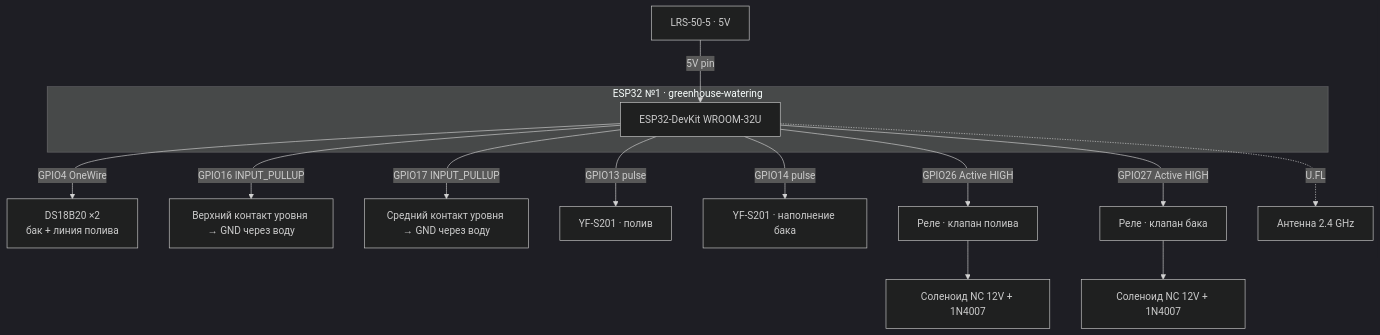
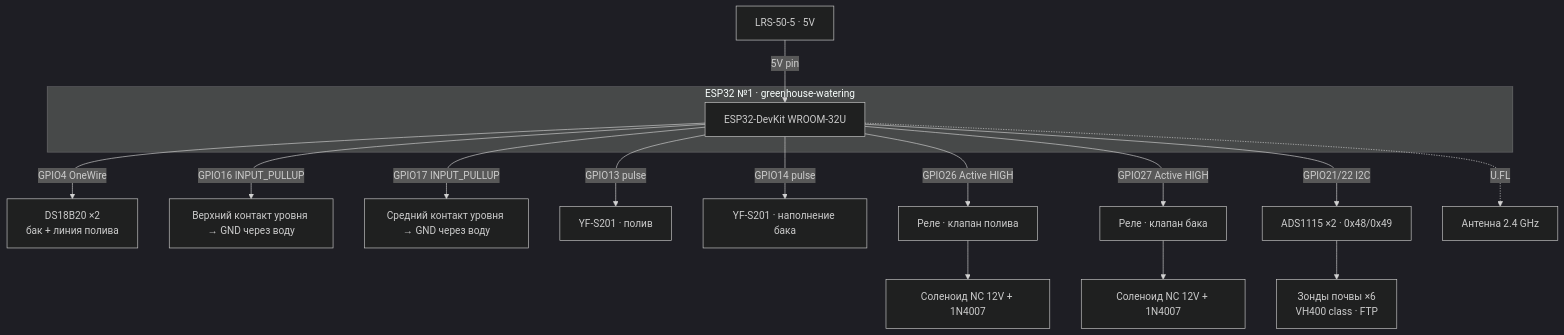
The first of 6 diagrams in docs/04-esp32-and-cabinet.md (TiunovNN/smart-greenhouse), drawn with Mermaid (dark theme) before and after one commit. The commit also changed other lines of this file and 17 other files, not shown here.

````diff
--- a/docs/04-esp32-and-cabinet.md
+++ b/docs/04-esp32-and-cabinet.md
@@ -156,20 +156,22 @@
 ```mermaid
 flowchart TB
   subgraph esp1["ESP32 №1 · greenhouse-watering"]
     E1["ESP32-DevKit WROOM-32U"]
   end
 
   PWR5["LRS-50-5 · 5V"] -->|"5V pin"| E1
 
   E1 -->|"GPIO4 OneWire"| DS["DS18B20 ×2<br/>бак + линия полива"]
   E1 -->|"GPIO16 INPUT_PULLUP"| L1["Верхний контакт уровня → GND через воду"]
   E1 -->|"GPIO17 INPUT_PULLUP"| L2["Средний контакт уровня → GND через воду"]
   E1 -->|"GPIO13 pulse"| YF1["YF-S201 · полив"]
   E1 -->|"GPIO14 pulse"| YF2["YF-S201 · наполнение бака"]
   E1 -->|"GPIO26 Active HIGH"| R1["Реле · клапан полива"]
   E1 -->|"GPIO27 Active HIGH"| R2["Реле · клапан бака"]
+  E1 -->|"GPIO21/22 I2C"| ADS["ADS1115 ×2 · 0x48/0x49"]
+  ADS --> SOIL["Зонды почвы ×6<br/>VH400 class · FTP"]
   E1 -.->|"U.FL"| ANT1["Антенна 2.4 GHz"]
 
   R1 --> V1["Соленоид NC 12V + 1N4007"]
   R2 --> V2["Соленоид NC 12V + 1N4007"]
 ```
````
